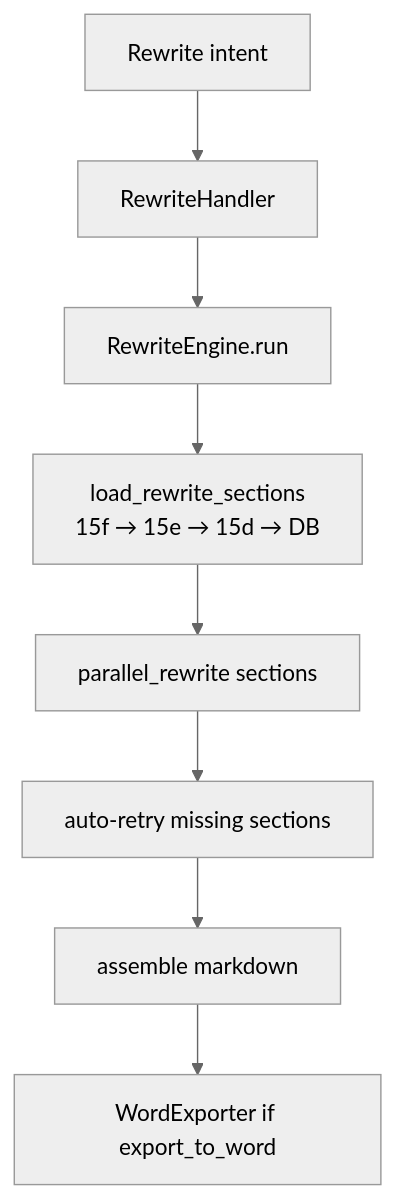
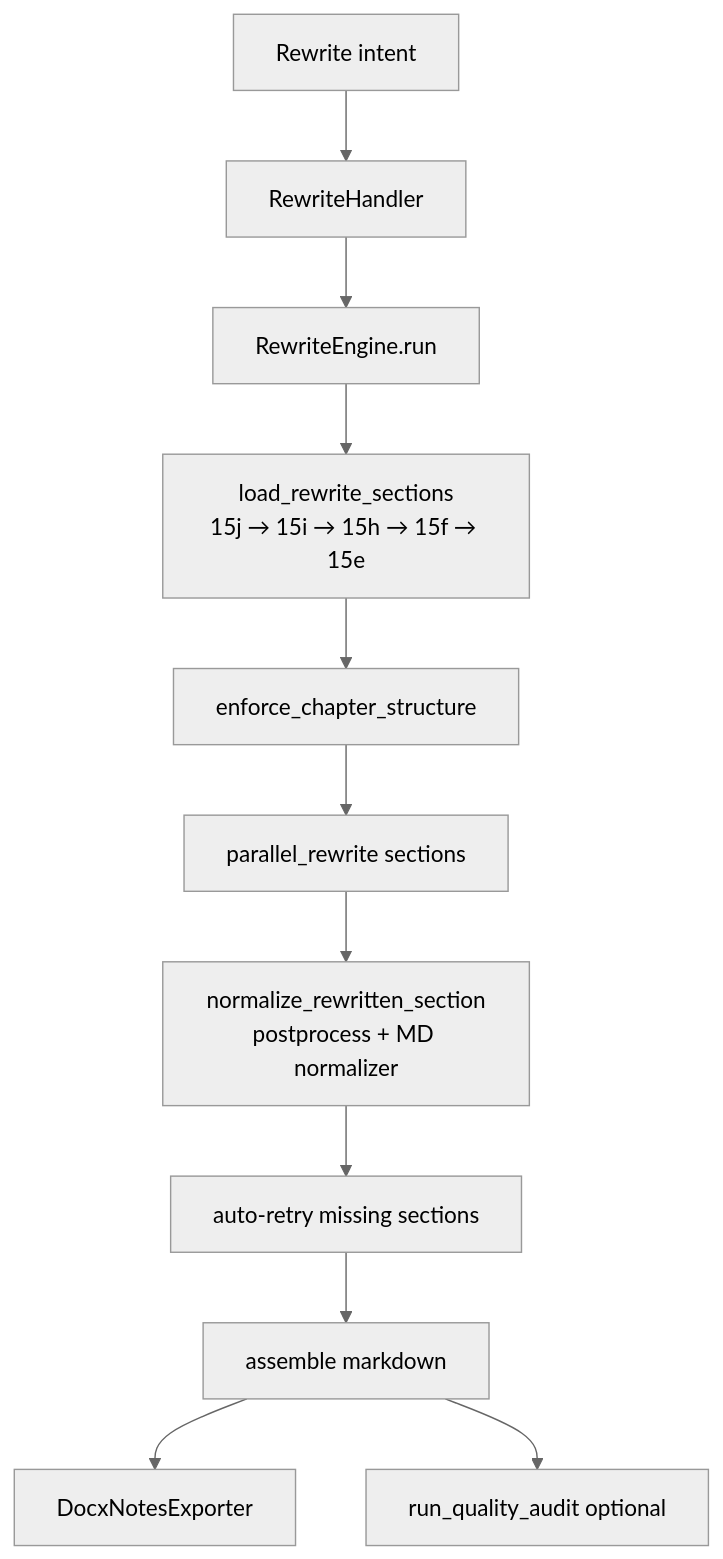
The first of 2 diagrams in specs/modules/llm-generation.md (Wasim-Shaikh25/AI-Book-Summerizing-Tool), drawn with Mermaid (neutral theme) before and after one commit. The commit also changed other lines of this file and 273 other files, not shown here.

First line of the commit message:
Add notes-quality pipeline: structural fixer, title sync, audit recalibration

````diff
--- a/specs/modules/llm-generation.md
+++ b/specs/modules/llm-generation.md
@@ -31,10 +34,13 @@
 ```mermaid
 flowchart TD
     INTENT[Rewrite intent] --> HANDLER[RewriteHandler]
     HANDLER --> ENGINE[RewriteEngine.run]
-    ENGINE --> LOAD[load_rewrite_sections<br/>15f → 15e → 15d → DB]
-    LOAD --> PARALLEL[parallel_rewrite sections]
-    PARALLEL --> RETRY[auto-retry missing sections]
+    ENGINE --> LOAD[load_rewrite_sections<br/>15j → 15i → 15h → 15f → 15e]
+    LOAD --> ENFORCE[enforce_chapter_structure]
+    ENFORCE --> PARALLEL[parallel_rewrite sections]
+    PARALLEL --> NORM[normalize_rewritten_section<br/>postprocess + MD normalizer]
+    NORM --> RETRY[auto-retry missing sections]
     RETRY --> ASSEMBLE[assemble markdown]
-    ASSEMBLE --> DOCX[WordExporter if export_to_word]
+    ASSEMBLE --> DOCX[DocxNotesExporter]
+    ASSEMBLE --> QA[run_quality_audit optional]
 ```
````
